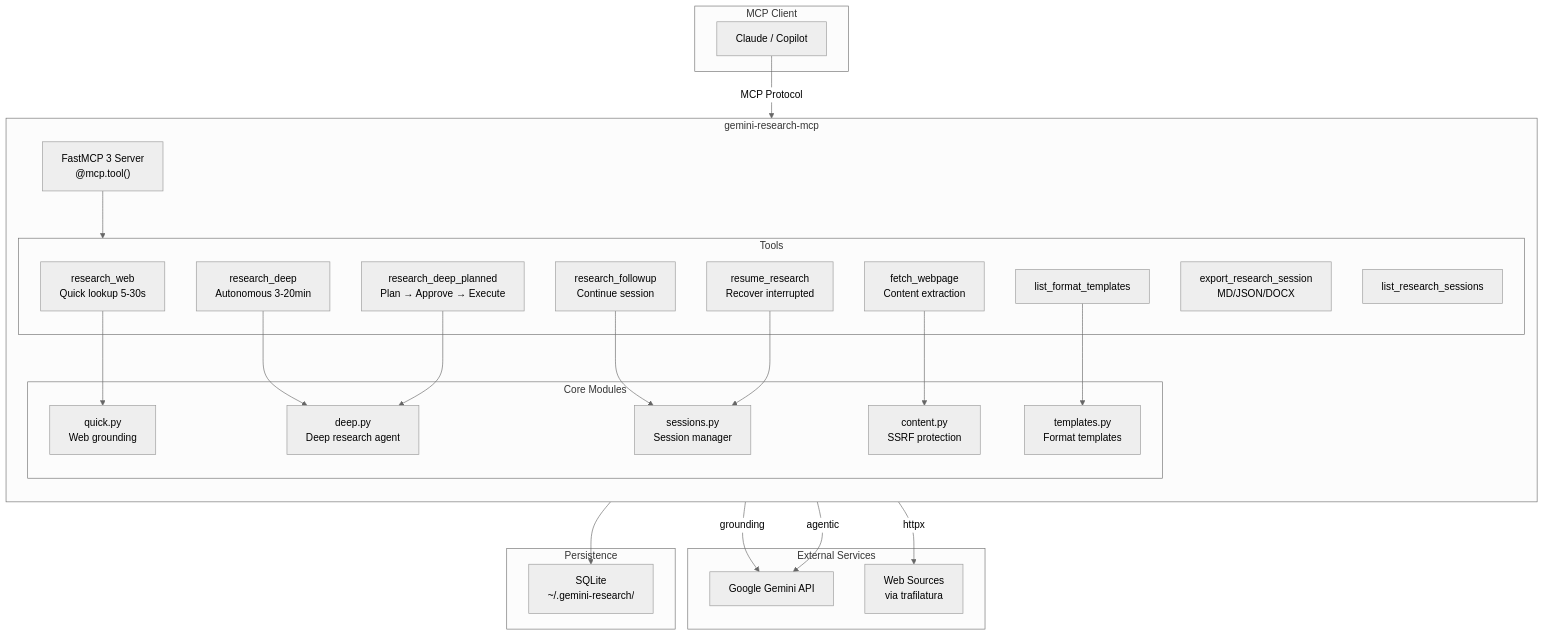
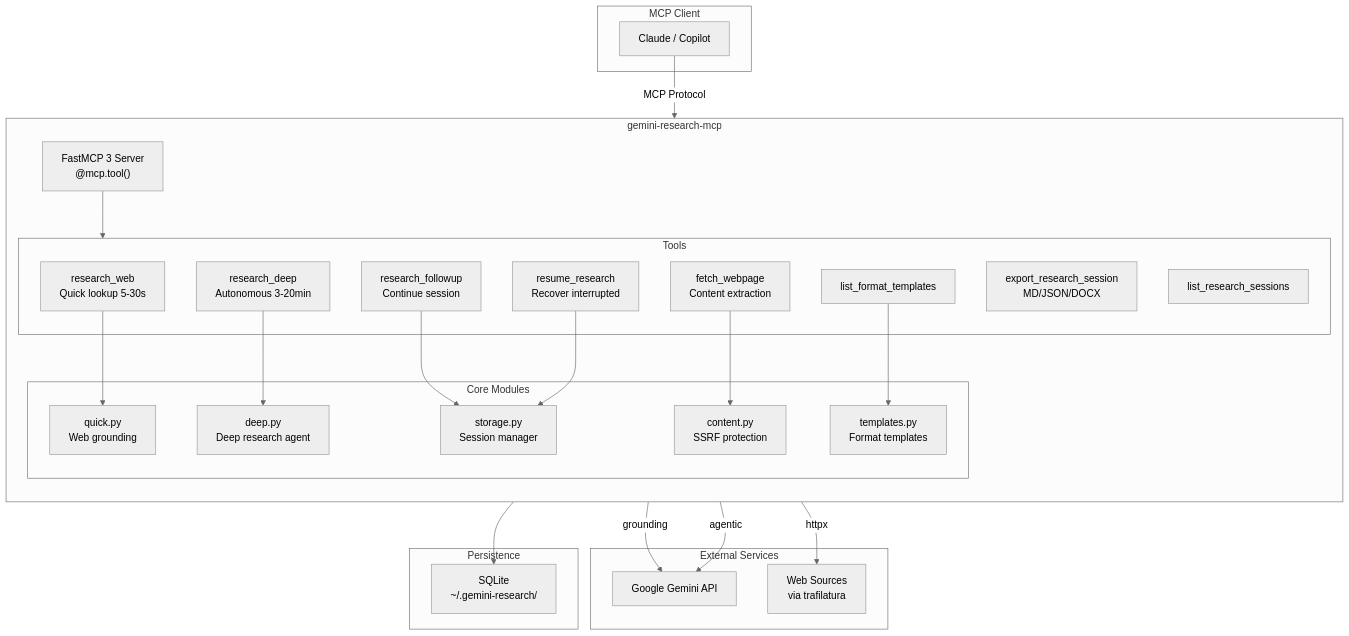
Before and after one commit to machinemates-ai/gemini-research-mcp: the diagram in README.md, drawn with Mermaid (neutral theme). The commit also changed other lines of this file and 26 other files, not shown here.

````diff
--- a/README.md
+++ b/README.md
@@ -16,56 +16,54 @@
 ```mermaid
 flowchart TB
     subgraph Client["MCP Client"]
         Claude["Claude / Copilot"]
     end
 
     subgraph Server["gemini-research-mcp"]
         direction TB
         FastMCP["FastMCP 3 Server<br/>@mcp.tool()"]
         
         subgraph Tools["Tools"]
             RW["research_web<br/>Quick lookup 5-30s"]
             RD["research_deep<br/>Autonomous 3-20min"]
-            RDP["research_deep_planned<br/>Plan → Approve → Execute"]
             RF["research_followup<br/>Continue session"]
             RR["resume_research<br/>Recover interrupted"]
             FW["fetch_webpage<br/>Content extraction"]
             EX["export_research_session<br/>MD/JSON/DOCX"]
             LS["list_research_sessions"]
             LT["list_format_templates"]
         end
 
         subgraph Modules["Core Modules"]
             Quick["quick.py<br/>Web grounding"]
             Deep["deep.py<br/>Deep research agent"]
             Content["content.py<br/>SSRF protection"]
-            Sessions["sessions.py<br/>Session manager"]
+          StorageMod["storage.py<br/>Session manager"]
             Templates["templates.py<br/>Format templates"]
         end
     end
 
     subgraph External["External Services"]
         Gemini["Google Gemini API"]
         Web["Web Sources<br/>via trafilatura"]
     end
 
     subgraph Storage["Persistence"]
         SQLite["SQLite<br/>~/.gemini-research/"]
     end
 
     Claude -->|"MCP Protocol"| FastMCP
     FastMCP --> Tools
     
     RW --> Quick
     RD --> Deep
-    RDP --> Deep
-    RF --> Sessions
-    RR --> Sessions
+    RF --> StorageMod
+    RR --> StorageMod
     FW --> Content
     LT --> Templates
     
     Quick -->|"grounding"| Gemini
     Deep -->|"agentic"| Gemini
     Content -->|"httpx"| Web
-    Sessions --> SQLite
+    StorageMod --> SQLite
 ```
````
